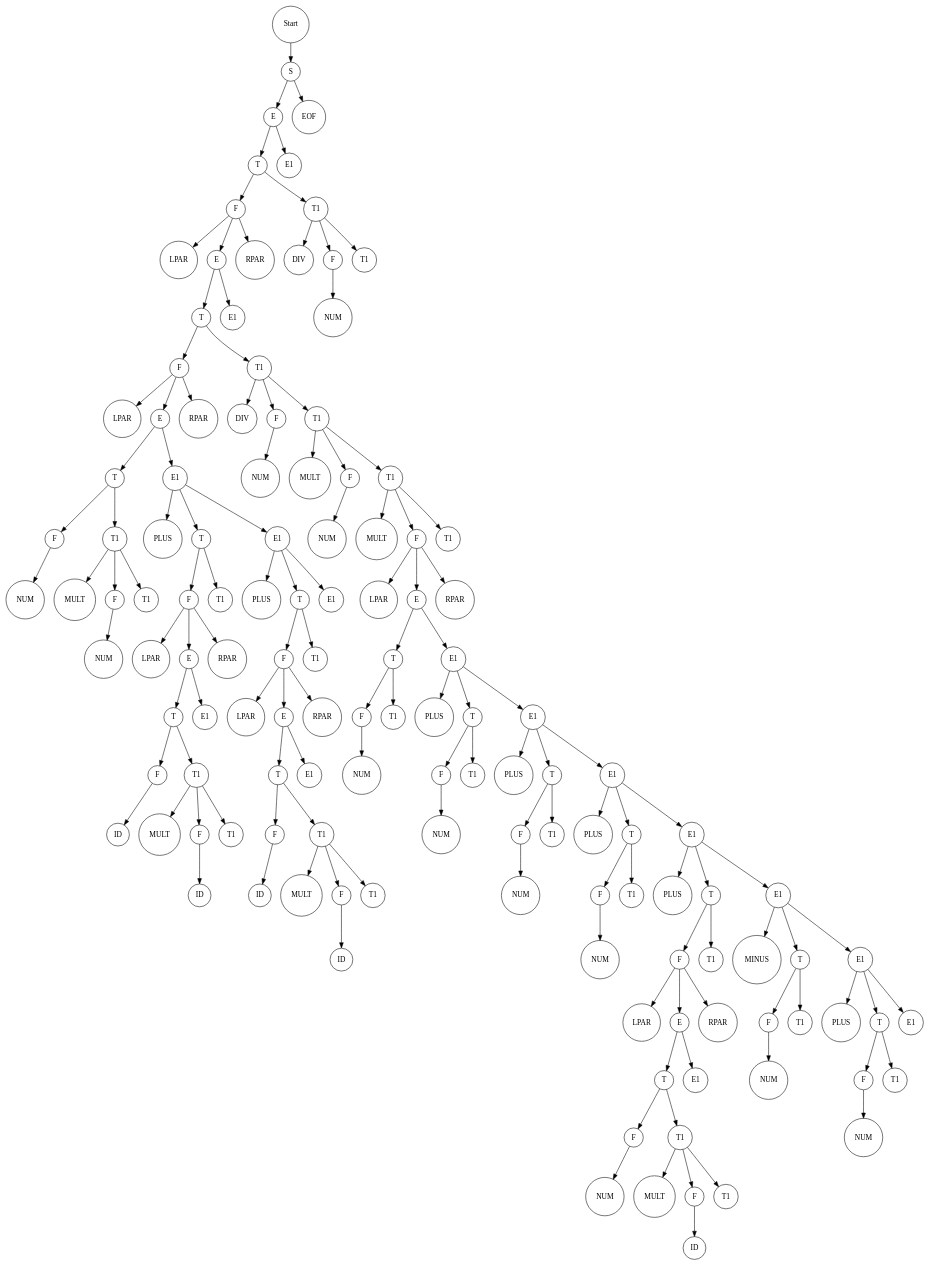
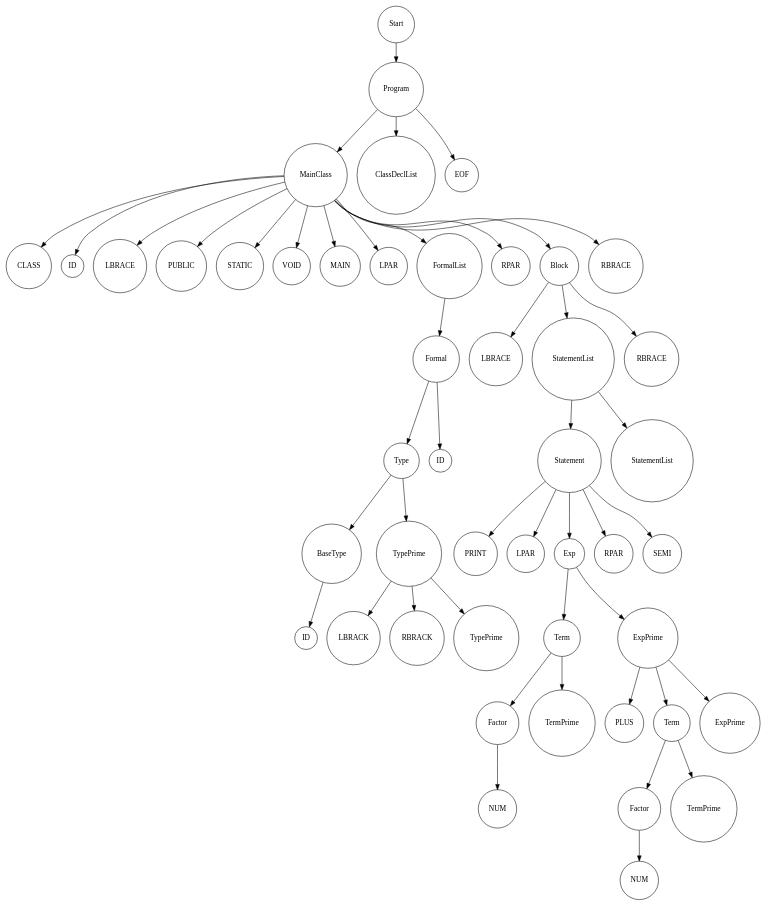
The diagram in tree.dot (GH120/JS-Compiler), drawn with Graphviz before and after one commit. The commit also changed 4 other files, not shown here.

```diff
--- a/tree.dot
+++ b/tree.dot
@@ -2,264 +2,96 @@
             rankdir=TB; // Tree-like top-bottom orientation
             node [shape=circle];
               node0 [label="Start"];
-  node0_0 [label="S"];
+  node0_0 [label="Program"];
   node0 -> node0_0;
-  node0_0_0 [label="E"];
+  node0_0_0 [label="MainClass"];
   node0_0 -> node0_0_0;
-  node0_0_0_0 [label="T"];
+  node0_0_0_0 [label="CLASS"];
   node0_0_0 -> node0_0_0_0;
-  node0_0_0_0_0 [label="F"];
-  node0_0_0_0 -> node0_0_0_0_0;
-  node0_0_0_0_0_0 [label="LPAR"];
-  node0_0_0_0_0 -> node0_0_0_0_0_0;
-  node0_0_0_0_0_1 [label="E"];
-  node0_0_0_0_0 -> node0_0_0_0_0_1;
-  node0_0_0_0_0_1_0 [label="T"];
-  node0_0_0_0_0_1 -> node0_0_0_0_0_1_0;
-  node0_0_0_0_0_1_0_0 [label="F"];
-  node0_0_0_0_0_1_0 -> node0_0_0_0_0_1_0_0;
-  node0_0_0_0_0_1_0_0_0 [label="LPAR"];
-  node0_0_0_0_0_1_0_0 -> node0_0_0_0_0_1_0_0_0;
-  node0_0_0_0_0_1_0_0_1 [label="E"];
-  node0_0_0_0_0_1_0_0 -> node0_0_0_0_0_1_0_0_1;
-  node0_0_0_0_0_1_0_0_1_0 [label="T"];
-  node0_0_0_0_0_1_0_0_1 -> node0_0_0_0_0_1_0_0_1_0;
-  node0_0_0_0_0_1_0_0_1_0_0 [label="F"];
-  node0_0_0_0_0_1_0_0_1_0 -> node0_0_0_0_0_1_0_0_1_0_0;
-  node0_0_0_0_0_1_0_0_1_0_0_0 [label="NUM"];
-  node0_0_0_0_0_1_0_0_1_0_0 -> node0_0_0_0_0_1_0_0_1_0_0_0;
-  node0_0_0_0_0_1_0_0_1_0_1 [label="T1"];
-  node0_0_0_0_0_1_0_0_1_0 -> node0_0_0_0_0_1_0_0_1_0_1;
-  node0_0_0_0_0_1_0_0_1_0_1_0 [label="MULT"];
-  node0_0_0_0_0_1_0_0_1_0_1 -> node0_0_0_0_0_1_0_0_1_0_1_0;
-  node0_0_0_0_0_1_0_0_1_0_1_1 [label="F"];
-  node0_0_0_0_0_1_0_0_1_0_1 -> node0_0_0_0_0_1_0_0_1_0_1_1;
-  node0_0_0_0_0_1_0_0_1_0_1_1_0 [label="NUM"];
-  node0_0_0_0_0_1_0_0_1_0_1_1 -> node0_0_0_0_0_1_0_0_1_0_1_1_0;
-  node0_0_0_0_0_1_0_0_1_0_1_2 [label="T1"];
-  node0_0_0_0_0_1_0_0_1_0_1 -> node0_0_0_0_0_1_0_0_1_0_1_2;
-  node0_0_0_0_0_1_0_0_1_1 [label="E1"];
-  node0_0_0_0_0_1_0_0_1 -> node0_0_0_0_0_1_0_0_1_1;
-  node0_0_0_0_0_1_0_0_1_1_0 [label="PLUS"];
-  node0_0_0_0_0_1_0_0_1_1 -> node0_0_0_0_0_1_0_0_1_1_0;
-  node0_0_0_0_0_1_0_0_1_1_1 [label="T"];
-  node0_0_0_0_0_1_0_0_1_1 -> node0_0_0_0_0_1_0_0_1_1_1;
-  node0_0_0_0_0_1_0_0_1_1_1_0 [label="F"];
-  node0_0_0_0_0_1_0_0_1_1_1 -> node0_0_0_0_0_1_0_0_1_1_1_0;
-  node0_0_0_0_0_1_0_0_1_1_1_0_0 [label="LPAR"];
-  node0_0_0_0_0_1_0_0_1_1_1_0 -> node0_0_0_0_0_1_0_0_1_1_1_0_0;
-  node0_0_0_0_0_1_0_0_1_1_1_0_1 [label="E"];
-  node0_0_0_0_0_1_0_0_1_1_1_0 -> node0_0_0_0_0_1_0_0_1_1_1_0_1;
-  node0_0_0_0_0_1_0_0_1_1_1_0_1_0 [label="T"];
-  node0_0_0_0_0_1_0_0_1_1_1_0_1 -> node0_0_0_0_0_1_0_0_1_1_1_0_1_0;
-  node0_0_0_0_0_1_0_0_1_1_1_0_1_0_0 [label="F"];
-  node0_0_0_0_0_1_0_0_1_1_1_0_1_0 -> node0_0_0_0_0_1_0_0_1_1_1_0_1_0_0;
-  node0_0_0_0_0_1_0_0_1_1_1_0_1_0_0_0 [label="ID"];
-  node0_0_0_0_0_1_0_0_1_1_1_0_1_0_0 -> node0_0_0_0_0_1_0_0_1_1_1_0_1_0_0_0;
-  node0_0_0_0_0_1_0_0_1_1_1_0_1_0_1 [label="T1"];
-  node0_0_0_0_0_1_0_0_1_1_1_0_1_0 -> node0_0_0_0_0_1_0_0_1_1_1_0_1_0_1;
-  node0_0_0_0_0_1_0_0_1_1_1_0_1_0_1_0 [label="MULT"];
-  node0_0_0_0_0_1_0_0_1_1_1_0_1_0_1 -> node0_0_0_0_0_1_0_0_1_1_1_0_1_0_1_0;
-  node0_0_0_0_0_1_0_0_1_1_1_0_1_0_1_1 [label="F"];
-  node0_0_0_0_0_1_0_0_1_1_1_0_1_0_1 -> node0_0_0_0_0_1_0_0_1_1_1_0_1_0_1_1;
-  node0_0_0_0_0_1_0_0_1_1_1_0_1_0_1_1_0 [label="ID"];
-  node0_0_0_0_0_1_0_0_1_1_1_0_1_0_1_1 -> node0_0_0_0_0_1_0_0_1_1_1_0_1_0_1_1_0;
-  node0_0_0_0_0_1_0_0_1_1_1_0_1_0_1_2 [label="T1"];
-  node0_0_0_0_0_1_0_0_1_1_1_0_1_0_1 -> node0_0_0_0_0_1_0_0_1_1_1_0_1_0_1_2;
-  node0_0_0_0_0_1_0_0_1_1_1_0_1_1 [label="E1"];
-  node0_0_0_0_0_1_0_0_1_1_1_0_1 -> node0_0_0_0_0_1_0_0_1_1_1_0_1_1;
-  node0_0_0_0_0_1_0_0_1_1_1_0_2 [label="RPAR"];
-  node0_0_0_0_0_1_0_0_1_1_1_0 -> node0_0_0_0_0_1_0_0_1_1_1_0_2;
-  node0_0_0_0_0_1_0_0_1_1_1_1 [label="T1"];
-  node0_0_0_0_0_1_0_0_1_1_1 -> node0_0_0_0_0_1_0_0_1_1_1_1;
-  node0_0_0_0_0_1_0_0_1_1_2 [label="E1"];
-  node0_0_0_0_0_1_0_0_1_1 -> node0_0_0_0_0_1_0_0_1_1_2;
-  node0_0_0_0_0_1_0_0_1_1_2_0 [label="PLUS"];
-  node0_0_0_0_0_1_0_0_1_1_2 -> node0_0_0_0_0_1_0_0_1_1_2_0;
-  node0_0_0_0_0_1_0_0_1_1_2_1 [label="T"];
-  node0_0_0_0_0_1_0_0_1_1_2 -> node0_0_0_0_0_1_0_0_1_1_2_1;
-  node0_0_0_0_0_1_0_0_1_1_2_1_0 [label="F"];
-  node0_0_0_0_0_1_0_0_1_1_2_1 -> node0_0_0_0_0_1_0_0_1_1_2_1_0;
-  node0_0_0_0_0_1_0_0_1_1_2_1_0_0 [label="LPAR"];
-  node0_0_0_0_0_1_0_0_1_1_2_1_0 -> node0_0_0_0_0_1_0_0_1_1_2_1_0_0;
-  node0_0_0_0_0_1_0_0_1_1_2_1_0_1 [label="E"];
-  node0_0_0_0_0_1_0_0_1_1_2_1_0 -> node0_0_0_0_0_1_0_0_1_1_2_1_0_1;
-  node0_0_0_0_0_1_0_0_1_1_2_1_0_1_0 [label="T"];
-  node0_0_0_0_0_1_0_0_1_1_2_1_0_1 -> node0_0_0_0_0_1_0_0_1_1_2_1_0_1_0;
-  node0_0_0_0_0_1_0_0_1_1_2_1_0_1_0_0 [label="F"];
-  node0_0_0_0_0_1_0_0_1_1_2_1_0_1_0 -> node0_0_0_0_0_1_0_0_1_1_2_1_0_1_0_0;
-  node0_0_0_0_0_1_0_0_1_1_2_1_0_1_0_0_0 [label="ID"];
-  node0_0_0_0_0_1_0_0_1_1_2_1_0_1_0_0 -> node0_0_0_0_0_1_0_0_1_1_2_1_0_1_0_0_0;
-  node0_0_0_0_0_1_0_0_1_1_2_1_0_1_0_1 [label="T1"];
-  node0_0_0_0_0_1_0_0_1_1_2_1_0_1_0 -> node0_0_0_0_0_1_0_0_1_1_2_1_0_1_0_1;
-  node0_0_0_0_0_1_0_0_1_1_2_1_0_1_0_1_0 [label="MULT"];
-  node0_0_0_0_0_1_0_0_1_1_2_1_0_1_0_1 -> node0_0_0_0_0_1_0_0_1_1_2_1_0_1_0_1_0;
-  node0_0_0_0_0_1_0_0_1_1_2_1_0_1_0_1_1 [label="F"];
-  node0_0_0_0_0_1_0_0_1_1_2_1_0_1_0_1 -> node0_0_0_0_0_1_0_0_1_1_2_1_0_1_0_1_1;
-  node0_0_0_0_0_1_0_0_1_1_2_1_0_1_0_1_1_0 [label="ID"];
-  node0_0_0_0_0_1_0_0_1_1_2_1_0_1_0_1_1 -> node0_0_0_0_0_1_0_0_1_1_2_1_0_1_0_1_1_0;
-  node0_0_0_0_0_1_0_0_1_1_2_1_0_1_0_1_2 [label="T1"];
-  node0_0_0_0_0_1_0_0_1_1_2_1_0_1_0_1 -> node0_0_0_0_0_1_0_0_1_1_2_1_0_1_0_1_2;
-  node0_0_0_0_0_1_0_0_1_1_2_1_0_1_1 [label="E1"];
-  node0_0_0_0_0_1_0_0_1_1_2_1_0_1 -> node0_0_0_0_0_1_0_0_1_1_2_1_0_1_1;
-  node0_0_0_0_0_1_0_0_1_1_2_1_0_2 [label="RPAR"];
-  node0_0_0_0_0_1_0_0_1_1_2_1_0 -> node0_0_0_0_0_1_0_0_1_1_2_1_0_2;
-  node0_0_0_0_0_1_0_0_1_1_2_1_1 [label="T1"];
-  node0_0_0_0_0_1_0_0_1_1_2_1 -> node0_0_0_0_0_1_0_0_1_1_2_1_1;
-  node0_0_0_0_0_1_0_0_1_1_2_2 [label="E1"];
-  node0_0_0_0_0_1_0_0_1_1_2 -> node0_0_0_0_0_1_0_0_1_1_2_2;
-  node0_0_0_0_0_1_0_0_2 [label="RPAR"];
-  node0_0_0_0_0_1_0_0 -> node0_0_0_0_0_1_0_0_2;
-  node0_0_0_0_0_1_0_1 [label="T1"];
-  node0_0_0_0_0_1_0 -> node0_0_0_0_0_1_0_1;
-  node0_0_0_0_0_1_0_1_0 [label="DIV"];
-  node0_0_0_0_0_1_0_1 -> node0_0_0_0_0_1_0_1_0;
-  node0_0_0_0_0_1_0_1_1 [label="F"];
-  node0_0_0_0_0_1_0_1 -> node0_0_0_0_0_1_0_1_1;
-  node0_0_0_0_0_1_0_1_1_0 [label="NUM"];
-  node0_0_0_0_0_1_0_1_1 -> node0_0_0_0_0_1_0_1_1_0;
-  node0_0_0_0_0_1_0_1_2 [label="T1"];
-  node0_0_0_0_0_1_0_1 -> node0_0_0_0_0_1_0_1_2;
-  node0_0_0_0_0_1_0_1_2_0 [label="MULT"];
-  node0_0_0_0_0_1_0_1_2 -> node0_0_0_0_0_1_0_1_2_0;
-  node0_0_0_0_0_1_0_1_2_1 [label="F"];
-  node0_0_0_0_0_1_0_1_2 -> node0_0_0_0_0_1_0_1_2_1;
-  node0_0_0_0_0_1_0_1_2_1_0 [label="NUM"];
-  node0_0_0_0_0_1_0_1_2_1 -> node0_0_0_0_0_1_0_1_2_1_0;
-  node0_0_0_0_0_1_0_1_2_2 [label="T1"];
-  node0_0_0_0_0_1_0_1_2 -> node0_0_0_0_0_1_0_1_2_2;
-  node0_0_0_0_0_1_0_1_2_2_0 [label="MULT"];
-  node0_0_0_0_0_1_0_1_2_2 -> node0_0_0_0_0_1_0_1_2_2_0;
-  node0_0_0_0_0_1_0_1_2_2_1 [label="F"];
-  node0_0_0_0_0_1_0_1_2_2 -> node0_0_0_0_0_1_0_1_2_2_1;
-  node0_0_0_0_0_1_0_1_2_2_1_0 [label="LPAR"];
-  node0_0_0_0_0_1_0_1_2_2_1 -> node0_0_0_0_0_1_0_1_2_2_1_0;
-  node0_0_0_0_0_1_0_1_2_2_1_1 [label="E"];
-  node0_0_0_0_0_1_0_1_2_2_1 -> node0_0_0_0_0_1_0_1_2_2_1_1;
-  node0_0_0_0_0_1_0_1_2_2_1_1_0 [label="T"];
-  node0_0_0_0_0_1_0_1_2_2_1_1 -> node0_0_0_0_0_1_0_1_2_2_1_1_0;
-  node0_0_0_0_0_1_0_1_2_2_1_1_0_0 [label="F"];
-  node0_0_0_0_0_1_0_1_2_2_1_1_0 -> node0_0_0_0_0_1_0_1_2_2_1_1_0_0;
-  node0_0_0_0_0_1_0_1_2_2_1_1_0_0_0 [label="NUM"];
-  node0_0_0_0_0_1_0_1_2_2_1_1_0_0 -> node0_0_0_0_0_1_0_1_2_2_1_1_0_0_0;
-  node0_0_0_0_0_1_0_1_2_2_1_1_0_1 [label="T1"];
-  node0_0_0_0_0_1_0_1_2_2_1_1_0 -> node0_0_0_0_0_1_0_1_2_2_1_1_0_1;
-  node0_0_0_0_0_1_0_1_2_2_1_1_1 [label="E1"];
-  node0_0_0_0_0_1_0_1_2_2_1_1 -> node0_0_0_0_0_1_0_1_2_2_1_1_1;
-  node0_0_0_0_0_1_0_1_2_2_1_1_1_0 [label="PLUS"];
-  node0_0_0_0_0_1_0_1_2_2_1_1_1 -> node0_0_0_0_0_1_0_1_2_2_1_1_1_0;
-  node0_0_0_0_0_1_0_1_2_2_1_1_1_1 [label="T"];
-  node0_0_0_0_0_1_0_1_2_2_1_1_1 -> node0_0_0_0_0_1_0_1_2_2_1_1_1_1;
-  node0_0_0_0_0_1_0_1_2_2_1_1_1_1_0 [label="F"];
-  node0_0_0_0_0_1_0_1_2_2_1_1_1_1 -> node0_0_0_0_0_1_0_1_2_2_1_1_1_1_0;
-  node0_0_0_0_0_1_0_1_2_2_1_1_1_1_0_0 [label="NUM"];
-  node0_0_0_0_0_1_0_1_2_2_1_1_1_1_0 -> node0_0_0_0_0_1_0_1_2_2_1_1_1_1_0_0;
-  node0_0_0_0_0_1_0_1_2_2_1_1_1_1_1 [label="T1"];
-  node0_0_0_0_0_1_0_1_2_2_1_1_1_1 -> node0_0_0_0_0_1_0_1_2_2_1_1_1_1_1;
-  node0_0_0_0_0_1_0_1_2_2_1_1_1_2 [label="E1"];
-  node0_0_0_0_0_1_0_1_2_2_1_1_1 -> node0_0_0_0_0_1_0_1_2_2_1_1_1_2;
-  node0_0_0_0_0_1_0_1_2_2_1_1_1_2_0 [label="PLUS"];
-  node0_0_0_0_0_1_0_1_2_2_1_1_1_2 -> node0_0_0_0_0_1_0_1_2_2_1_1_1_2_0;
-  node0_0_0_0_0_1_0_1_2_2_1_1_1_2_1 [label="T"];
-  node0_0_0_0_0_1_0_1_2_2_1_1_1_2 -> node0_0_0_0_0_1_0_1_2_2_1_1_1_2_1;
-  node0_0_0_0_0_1_0_1_2_2_1_1_1_2_1_0 [label="F"];
-  node0_0_0_0_0_1_0_1_2_2_1_1_1_2_1 -> node0_0_0_0_0_1_0_1_2_2_1_1_1_2_1_0;
-  node0_0_0_0_0_1_0_1_2_2_1_1_1_2_1_0_0 [label="NUM"];
-  node0_0_0_0_0_1_0_1_2_2_1_1_1_2_1_0 -> node0_0_0_0_0_1_0_1_2_2_1_1_1_2_1_0_0;
-  node0_0_0_0_0_1_0_1_2_2_1_1_1_2_1_1 [label="T1"];
-  node0_0_0_0_0_1_0_1_2_2_1_1_1_2_1 -> node0_0_0_0_0_1_0_1_2_2_1_1_1_2_1_1;
-  node0_0_0_0_0_1_0_1_2_2_1_1_1_2_2 [label="E1"];
-  node0_0_0_0_0_1_0_1_2_2_1_1_1_2 -> node0_0_0_0_0_1_0_1_2_2_1_1_1_2_2;
-  node0_0_0_0_0_1_0_1_2_2_1_1_1_2_2_0 [label="PLUS"];
-  node0_0_0_0_0_1_0_1_2_2_1_1_1_2_2 -> node0_0_0_0_0_1_0_1_2_2_1_1_1_2_2_0;
-  node0_0_0_0_0_1_0_1_2_2_1_1_1_2_2_1 [label="T"];
-  node0_0_0_0_0_1_0_1_2_2_1_1_1_2_2 -> node0_0_0_0_0_1_0_1_2_2_1_1_1_2_2_1;
-  node0_0_0_0_0_1_0_1_2_2_1_1_1_2_2_1_0 [label="F"];
-  node0_0_0_0_0_1_0_1_2_2_1_1_1_2_2_1 -> node0_0_0_0_0_1_0_1_2_2_1_1_1_2_2_1_0;
-  node0_0_0_0_0_1_0_1_2_2_1_1_1_2_2_1_0_0 [label="NUM"];
-  node0_0_0_0_0_1_0_1_2_2_1_1_1_2_2_1_0 -> node0_0_0_0_0_1_0_1_2_2_1_1_1_2_2_1_0_0;
-  node0_0_0_0_0_1_0_1_2_2_1_1_1_2_2_1_1 [label="T1"];
-  node0_0_0_0_0_1_0_1_2_2_1_1_1_2_2_1 -> node0_0_0_0_0_1_0_1_2_2_1_1_1_2_2_1_1;
-  node0_0_0_0_0_1_0_1_2_2_1_1_1_2_2_2 [label="E1"];
-  node0_0_0_0_0_1_0_1_2_2_1_1_1_2_2 -> node0_0_0_0_0_1_0_1_2_2_1_1_1_2_2_2;
-  node0_0_0_0_0_1_0_1_2_2_1_1_1_2_2_2_0 [label="PLUS"];
-  node0_0_0_0_0_1_0_1_2_2_1_1_1_2_2_2 -> node0_0_0_0_0_1_0_1_2_2_1_1_1_2_2_2_0;
-  node0_0_0_0_0_1_0_1_2_2_1_1_1_2_2_2_1 [label="T"];
-  node0_0_0_0_0_1_0_1_2_2_1_1_1_2_2_2 -> node0_0_0_0_0_1_0_1_2_2_1_1_1_2_2_2_1;
-  node0_0_0_0_0_1_0_1_2_2_1_1_1_2_2_2_1_0 [label="F"];
-  node0_0_0_0_0_1_0_1_2_2_1_1_1_2_2_2_1 -> node0_0_0_0_0_1_0_1_2_2_1_1_1_2_2_2_1_0;
-  node0_0_0_0_0_1_0_1_2_2_1_1_1_2_2_2_1_0_0 [label="LPAR"];
-  node0_0_0_0_0_1_0_1_2_2_1_1_1_2_2_2_1_0 -> node0_0_0_0_0_1_0_1_2_2_1_1_1_2_2_2_1_0_0;
-  node0_0_0_0_0_1_0_1_2_2_1_1_1_2_2_2_1_0_1 [label="E"];
-  node0_0_0_0_0_1_0_1_2_2_1_1_1_2_2_2_1_0 -> node0_0_0_0_0_1_0_1_2_2_1_1_1_2_2_2_1_0_1;
-  node0_0_0_0_0_1_0_1_2_2_1_1_1_2_2_2_1_0_1_0 [label="T"];
-  node0_0_0_0_0_1_0_1_2_2_1_1_1_2_2_2_1_0_1 -> node0_0_0_0_0_1_0_1_2_2_1_1_1_2_2_2_1_0_1_0;
-  node0_0_0_0_0_1_0_1_2_2_1_1_1_2_2_2_1_0_1_0_0 [label="F"];
-  node0_0_0_0_0_1_0_1_2_2_1_1_1_2_2_2_1_0_1_0 -> node0_0_0_0_0_1_0_1_2_2_1_1_1_2_2_2_1_0_1_0_0;
-  node0_0_0_0_0_1_0_1_2_2_1_1_1_2_2_2_1_0_1_0_0_0 [label="NUM"];
-  node0_0_0_0_0_1_0_1_2_2_1_1_1_2_2_2_1_0_1_0_0 -> node0_0_0_0_0_1_0_1_2_2_1_1_1_2_2_2_1_0_1_0_0_0;
-  node0_0_0_0_0_1_0_1_2_2_1_1_1_2_2_2_1_0_1_0_1 [label="T1"];
-  node0_0_0_0_0_1_0_1_2_2_1_1_1_2_2_2_1_0_1_0 -> node0_0_0_0_0_1_0_1_2_2_1_1_1_2_2_2_1_0_1_0_1;
-  node0_0_0_0_0_1_0_1_2_2_1_1_1_2_2_2_1_0_1_0_1_0 [label="MULT"];
-  node0_0_0_0_0_1_0_1_2_2_1_1_1_2_2_2_1_0_1_0_1 -> node0_0_0_0_0_1_0_1_2_2_1_1_1_2_2_2_1_0_1_0_1_0;
-  node0_0_0_0_0_1_0_1_2_2_1_1_1_2_2_2_1_0_1_0_1_1 [label="F"];
-  node0_0_0_0_0_1_0_1_2_2_1_1_1_2_2_2_1_0_1_0_1 -> node0_0_0_0_0_1_0_1_2_2_1_1_1_2_2_2_1_0_1_0_1_1;
-  node0_0_0_0_0_1_0_1_2_2_1_1_1_2_2_2_1_0_1_0_1_1_0 [label="ID"];
-  node0_0_0_0_0_1_0_1_2_2_1_1_1_2_2_2_1_0_1_0_1_1 -> node0_0_0_0_0_1_0_1_2_2_1_1_1_2_2_2_1_0_1_0_1_1_0;
-  node0_0_0_0_0_1_0_1_2_2_1_1_1_2_2_2_1_0_1_0_1_2 [label="T1"];
-  node0_0_0_0_0_1_0_1_2_2_1_1_1_2_2_2_1_0_1_0_1 -> node0_0_0_0_0_1_0_1_2_2_1_1_1_2_2_2_1_0_1_0_1_2;
-  node0_0_0_0_0_1_0_1_2_2_1_1_1_2_2_2_1_0_1_1 [label="E1"];
-  node0_0_0_0_0_1_0_1_2_2_1_1_1_2_2_2_1_0_1 -> node0_0_0_0_0_1_0_1_2_2_1_1_1_2_2_2_1_0_1_1;
-  node0_0_0_0_0_1_0_1_2_2_1_1_1_2_2_2_1_0_2 [label="RPAR"];
-  node0_0_0_0_0_1_0_1_2_2_1_1_1_2_2_2_1_0 -> node0_0_0_0_0_1_0_1_2_2_1_1_1_2_2_2_1_0_2;
-  node0_0_0_0_0_1_0_1_2_2_1_1_1_2_2_2_1_1 [label="T1"];
-  node0_0_0_0_0_1_0_1_2_2_1_1_1_2_2_2_1 -> node0_0_0_0_0_1_0_1_2_2_1_1_1_2_2_2_1_1;
-  node0_0_0_0_0_1_0_1_2_2_1_1_1_2_2_2_2 [label="E1"];
-  node0_0_0_0_0_1_0_1_2_2_1_1_1_2_2_2 -> node0_0_0_0_0_1_0_1_2_2_1_1_1_2_2_2_2;
-  node0_0_0_0_0_1_0_1_2_2_1_1_1_2_2_2_2_0 [label="MINUS"];
-  node0_0_0_0_0_1_0_1_2_2_1_1_1_2_2_2_2 -> node0_0_0_0_0_1_0_1_2_2_1_1_1_2_2_2_2_0;
-  node0_0_0_0_0_1_0_1_2_2_1_1_1_2_2_2_2_1 [label="T"];
-  node0_0_0_0_0_1_0_1_2_2_1_1_1_2_2_2_2 -> node0_0_0_0_0_1_0_1_2_2_1_1_1_2_2_2_2_1;
-  node0_0_0_0_0_1_0_1_2_2_1_1_1_2_2_2_2_1_0 [label="F"];
-  node0_0_0_0_0_1_0_1_2_2_1_1_1_2_2_2_2_1 -> node0_0_0_0_0_1_0_1_2_2_1_1_1_2_2_2_2_1_0;
-  node0_0_0_0_0_1_0_1_2_2_1_1_1_2_2_2_2_1_0_0 [label="NUM"];
-  node0_0_0_0_0_1_0_1_2_2_1_1_1_2_2_2_2_1_0 -> node0_0_0_0_0_1_0_1_2_2_1_1_1_2_2_2_2_1_0_0;
-  node0_0_0_0_0_1_0_1_2_2_1_1_1_2_2_2_2_1_1 [label="T1"];
-  node0_0_0_0_0_1_0_1_2_2_1_1_1_2_2_2_2_1 -> node0_0_0_0_0_1_0_1_2_2_1_1_1_2_2_2_2_1_1;
-  node0_0_0_0_0_1_0_1_2_2_1_1_1_2_2_2_2_2 [label="E1"];
-  node0_0_0_0_0_1_0_1_2_2_1_1_1_2_2_2_2 -> node0_0_0_0_0_1_0_1_2_2_1_1_1_2_2_2_2_2;
-  node0_0_0_0_0_1_0_1_2_2_1_1_1_2_2_2_2_2_0 [label="PLUS"];
-  node0_0_0_0_0_1_0_1_2_2_1_1_1_2_2_2_2_2 -> node0_0_0_0_0_1_0_1_2_2_1_1_1_2_2_2_2_2_0;
-  node0_0_0_0_0_1_0_1_2_2_1_1_1_2_2_2_2_2_1 [label="T"];
-  node0_0_0_0_0_1_0_1_2_2_1_1_1_2_2_2_2_2 -> node0_0_0_0_0_1_0_1_2_2_1_1_1_2_2_2_2_2_1;
-  node0_0_0_0_0_1_0_1_2_2_1_1_1_2_2_2_2_2_1_0 [label="F"];
-  node0_0_0_0_0_1_0_1_2_2_1_1_1_2_2_2_2_2_1 -> node0_0_0_0_0_1_0_1_2_2_1_1_1_2_2_2_2_2_1_0;
-  node0_0_0_0_0_1_0_1_2_2_1_1_1_2_2_2_2_2_1_0_0 [label="NUM"];
-  node0_0_0_0_0_1_0_1_2_2_1_1_1_2_2_2_2_2_1_0 -> node0_0_0_0_0_1_0_1_2_2_1_1_1_2_2_2_2_2_1_0_0;
-  node0_0_0_0_0_1_0_1_2_2_1_1_1_2_2_2_2_2_1_1 [label="T1"];
-  node0_0_0_0_0_1_0_1_2_2_1_1_1_2_2_2_2_2_1 -> node0_0_0_0_0_1_0_1_2_2_1_1_1_2_2_2_2_2_1_1;
-  node0_0_0_0_0_1_0_1_2_2_1_1_1_2_2_2_2_2_2 [label="E1"];
-  node0_0_0_0_0_1_0_1_2_2_1_1_1_2_2_2_2_2 -> node0_0_0_0_0_1_0_1_2_2_1_1_1_2_2_2_2_2_2;
-  node0_0_0_0_0_1_0_1_2_2_1_2 [label="RPAR"];
-  node0_0_0_0_0_1_0_1_2_2_1 -> node0_0_0_0_0_1_0_1_2_2_1_2;
-  node0_0_0_0_0_1_0_1_2_2_2 [label="T1"];
-  node0_0_0_0_0_1_0_1_2_2 -> node0_0_0_0_0_1_0_1_2_2_2;
-  node0_0_0_0_0_1_1 [label="E1"];
-  node0_0_0_0_0_1 -> node0_0_0_0_0_1_1;
-  node0_0_0_0_0_2 [label="RPAR"];
-  node0_0_0_0_0 -> node0_0_0_0_0_2;
-  node0_0_0_0_1 [label="T1"];
-  node0_0_0_0 -> node0_0_0_0_1;
-  node0_0_0_0_1_0 [label="DIV"];
-  node0_0_0_0_1 -> node0_0_0_0_1_0;
-  node0_0_0_0_1_1 [label="F"];
-  node0_0_0_0_1 -> node0_0_0_0_1_1;
-  node0_0_0_0_1_1_0 [label="NUM"];
-  node0_0_0_0_1_1 -> node0_0_0_0_1_1_0;
-  node0_0_0_0_1_2 [label="T1"];
-  node0_0_0_0_1 -> node0_0_0_0_1_2;
-  node0_0_0_1 [label="E1"];
+  node0_0_0_1 [label="ID"];
   node0_0_0 -> node0_0_0_1;
-  node0_0_1 [label="EOF"];
+  node0_0_0_2 [label="LBRACE"];
+  node0_0_0 -> node0_0_0_2;
+  node0_0_0_3 [label="PUBLIC"];
+  node0_0_0 -> node0_0_0_3;
+  node0_0_0_4 [label="STATIC"];
+  node0_0_0 -> node0_0_0_4;
+  node0_0_0_5 [label="VOID"];
+  node0_0_0 -> node0_0_0_5;
+  node0_0_0_6 [label="MAIN"];
+  node0_0_0 -> node0_0_0_6;
+  node0_0_0_7 [label="LPAR"];
+  node0_0_0 -> node0_0_0_7;
+  node0_0_0_8 [label="FormalList"];
+  node0_0_0 -> node0_0_0_8;
+  node0_0_0_8_0 [label="Formal"];
+  node0_0_0_8 -> node0_0_0_8_0;
+  node0_0_0_8_0_0 [label="Type"];
+  node0_0_0_8_0 -> node0_0_0_8_0_0;
+  node0_0_0_8_0_0_0 [label="BaseType"];
+  node0_0_0_8_0_0 -> node0_0_0_8_0_0_0;
+  node0_0_0_8_0_0_0_0 [label="ID"];
+  node0_0_0_8_0_0_0 -> node0_0_0_8_0_0_0_0;
+  node0_0_0_8_0_0_1 [label="TypePrime"];
+  node0_0_0_8_0_0 -> node0_0_0_8_0_0_1;
+  node0_0_0_8_0_0_1_0 [label="LBRACK"];
+  node0_0_0_8_0_0_1 -> node0_0_0_8_0_0_1_0;
+  node0_0_0_8_0_0_1_1 [label="RBRACK"];
+  node0_0_0_8_0_0_1 -> node0_0_0_8_0_0_1_1;
+  node0_0_0_8_0_0_1_2 [label="TypePrime"];
+  node0_0_0_8_0_0_1 -> node0_0_0_8_0_0_1_2;
+  node0_0_0_8_0_1 [label="ID"];
+  node0_0_0_8_0 -> node0_0_0_8_0_1;
+  node0_0_0_9 [label="RPAR"];
+  node0_0_0 -> node0_0_0_9;
+  node0_0_0_10 [label="Block"];
+  node0_0_0 -> node0_0_0_10;
+  node0_0_0_10_0 [label="LBRACE"];
+  node0_0_0_10 -> node0_0_0_10_0;
+  node0_0_0_10_1 [label="StatementList"];
+  node0_0_0_10 -> node0_0_0_10_1;
+  node0_0_0_10_1_0 [label="Statement"];
+  node0_0_0_10_1 -> node0_0_0_10_1_0;
+  node0_0_0_10_1_0_0 [label="PRINT"];
+  node0_0_0_10_1_0 -> node0_0_0_10_1_0_0;
+  node0_0_0_10_1_0_1 [label="LPAR"];
+  node0_0_0_10_1_0 -> node0_0_0_10_1_0_1;
+  node0_0_0_10_1_0_2 [label="Exp"];
+  node0_0_0_10_1_0 -> node0_0_0_10_1_0_2;
+  node0_0_0_10_1_0_2_0 [label="Term"];
+  node0_0_0_10_1_0_2 -> node0_0_0_10_1_0_2_0;
+  node0_0_0_10_1_0_2_0_0 [label="Factor"];
+  node0_0_0_10_1_0_2_0 -> node0_0_0_10_1_0_2_0_0;
+  node0_0_0_10_1_0_2_0_0_0 [label="NUM"];
+  node0_0_0_10_1_0_2_0_0 -> node0_0_0_10_1_0_2_0_0_0;
+  node0_0_0_10_1_0_2_0_1 [label="TermPrime"];
+  node0_0_0_10_1_0_2_0 -> node0_0_0_10_1_0_2_0_1;
+  node0_0_0_10_1_0_2_1 [label="ExpPrime"];
+  node0_0_0_10_1_0_2 -> node0_0_0_10_1_0_2_1;
+  node0_0_0_10_1_0_2_1_0 [label="PLUS"];
+  node0_0_0_10_1_0_2_1 -> node0_0_0_10_1_0_2_1_0;
+  node0_0_0_10_1_0_2_1_1 [label="Term"];
+  node0_0_0_10_1_0_2_1 -> node0_0_0_10_1_0_2_1_1;
+  node0_0_0_10_1_0_2_1_1_0 [label="Factor"];
+  node0_0_0_10_1_0_2_1_1 -> node0_0_0_10_1_0_2_1_1_0;
+  node0_0_0_10_1_0_2_1_1_0_0 [label="NUM"];
+  node0_0_0_10_1_0_2_1_1_0 -> node0_0_0_10_1_0_2_1_1_0_0;
+  node0_0_0_10_1_0_2_1_1_1 [label="TermPrime"];
+  node0_0_0_10_1_0_2_1_1 -> node0_0_0_10_1_0_2_1_1_1;
+  node0_0_0_10_1_0_2_1_2 [label="ExpPrime"];
+  node0_0_0_10_1_0_2_1 -> node0_0_0_10_1_0_2_1_2;
+  node0_0_0_10_1_0_3 [label="RPAR"];
+  node0_0_0_10_1_0 -> node0_0_0_10_1_0_3;
+  node0_0_0_10_1_0_4 [label="SEMI"];
+  node0_0_0_10_1_0 -> node0_0_0_10_1_0_4;
+  node0_0_0_10_1_1 [label="StatementList"];
+  node0_0_0_10_1 -> node0_0_0_10_1_1;
+  node0_0_0_10_2 [label="RBRACE"];
+  node0_0_0_10 -> node0_0_0_10_2;
+  node0_0_0_11 [label="RBRACE"];
+  node0_0_0 -> node0_0_0_11;
+  node0_0_1 [label="ClassDeclList"];
   node0_0 -> node0_0_1;
+  node0_0_2 [label="EOF"];
+  node0_0 -> node0_0_2;
         }
```
